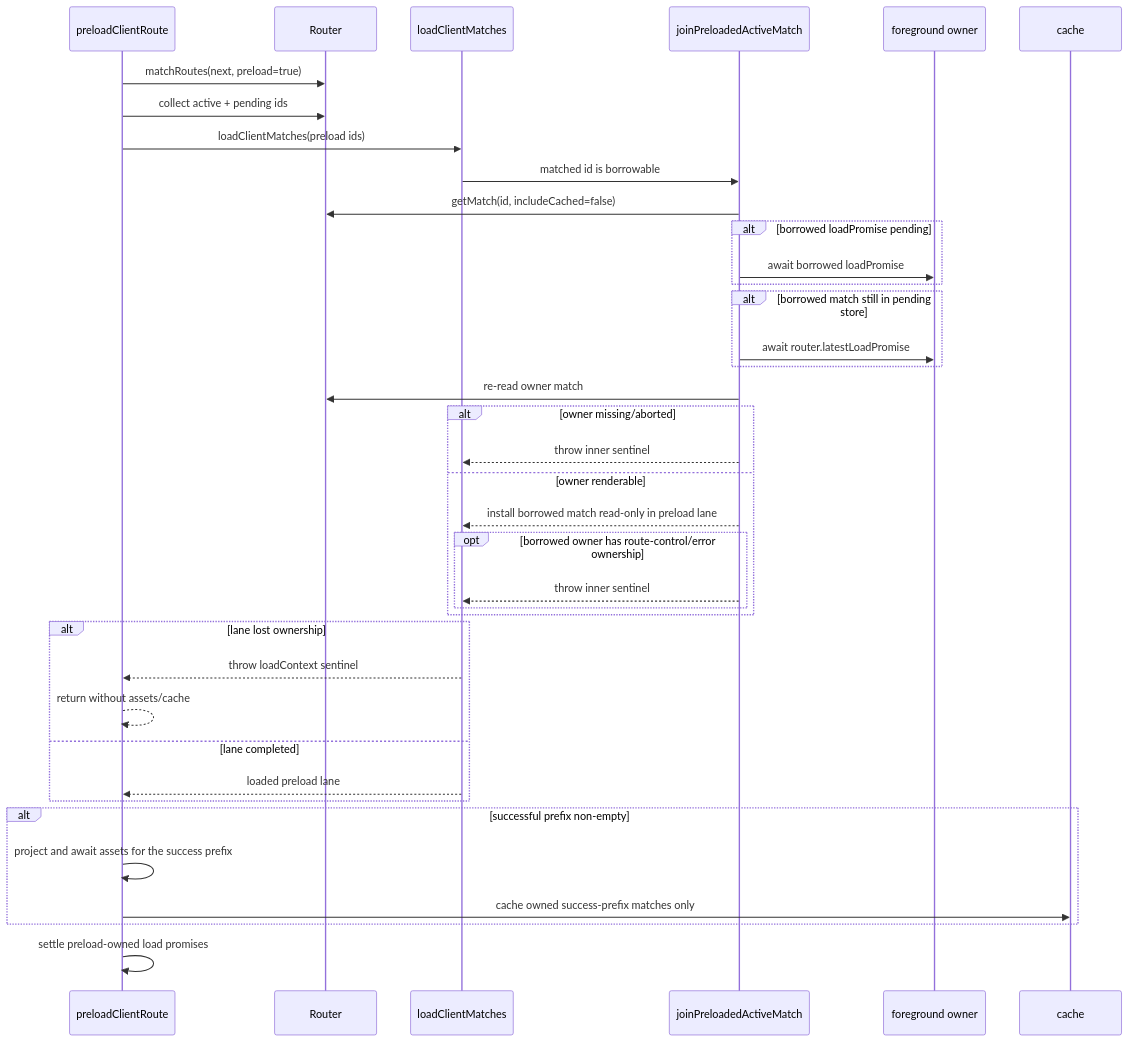
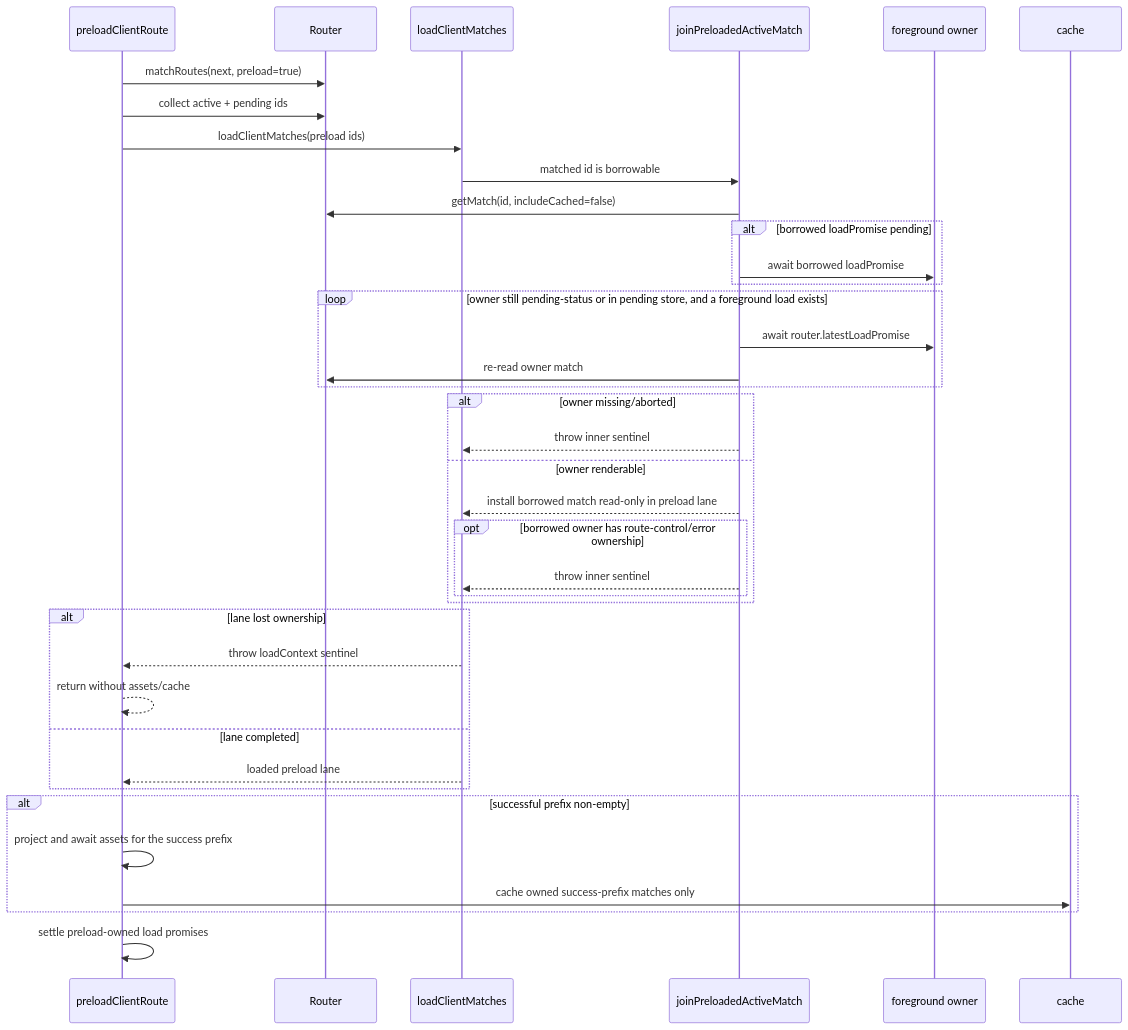
Before and after one commit to TanStack/router: the seventh of 12 diagrams in packages/router-core/INTERNALS.md, drawn with Mermaid. The commit also changed other lines of this file, not shown here.

````diff
--- a/packages/router-core/INTERNALS.md
+++ b/packages/router-core/INTERNALS.md
@@ -587,41 +610,41 @@
 ```mermaid
 sequenceDiagram
   participant P as preloadClientRoute
   participant R as Router
   participant L as loadClientMatches
   participant J as joinPreloadedActiveMatch
   participant F as foreground owner
   participant C as cache
 
   P->>R: matchRoutes(next, preload=true)
   P->>R: collect active + pending ids
   P->>L: loadClientMatches(preload ids)
   L->>J: matched id is borrowable
   J->>R: getMatch(id, includeCached=false)
   alt borrowed loadPromise pending
     J->>F: await borrowed loadPromise
   end
-  alt borrowed match still in pending store
+  loop owner still pending-status or in pending store, and a foreground load exists
     J->>F: await router.latestLoadPromise
+    J->>R: re-read owner match
   end
-  J->>R: re-read owner match
   alt owner missing/aborted
     J-->>L: throw inner sentinel
   else owner renderable
     J-->>L: install borrowed match read-only in preload lane
     opt borrowed owner has route-control/error ownership
       J-->>L: throw inner sentinel
     end
   end
   alt lane lost ownership
     L-->>P: throw loadContext sentinel
     P-->>P: return without assets/cache
   else lane completed
     L-->>P: loaded preload lane
   end
   alt successful prefix non-empty
     P->>P: project and await assets for the success prefix
     P->>C: cache owned success-prefix matches only
   end
   P->>P: settle preload-owned load promises
 ```
````
